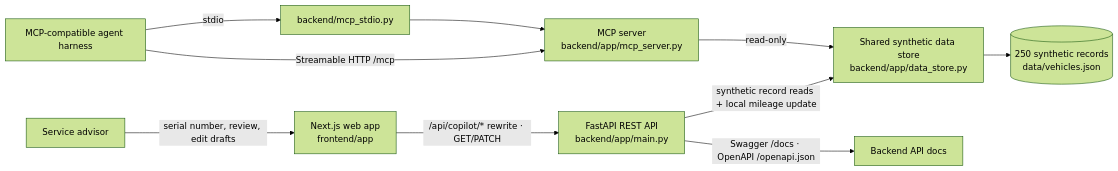
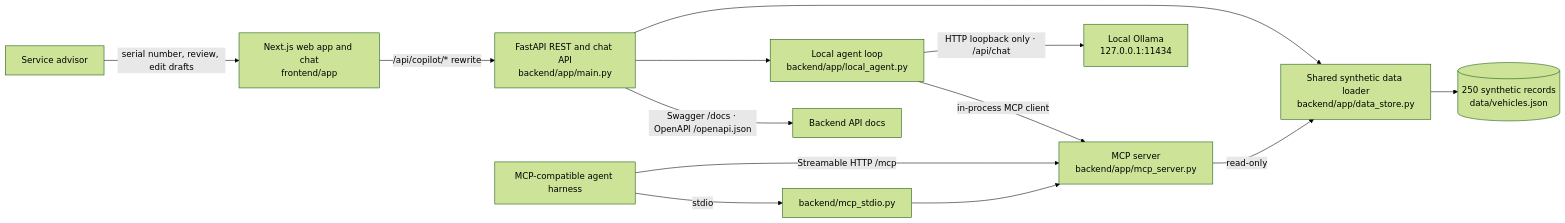
The diagram in README.md (arsalanshakil-dev/service-lane-copilot), drawn with Mermaid (forest theme) before and after one commit. The commit also changed other lines of this file and 9 other files, not shown here.

First line of the commit message:
Add local Ollama MCP chat assistant (#9)

````diff
--- a/README.md
+++ b/README.md
@@ -13,12 +13,15 @@
 ```mermaid
 flowchart LR
-    Advisor[Service advisor] -->|serial number, review, edit drafts| Web[Next.js web app\nfrontend/app]
-    Web -->|/api/copilot/* rewrite · GET/PATCH| API[FastAPI REST API\nbackend/app/main.py]
-    API -->|synthetic record reads + local mileage update| Store[Shared synthetic data store\nbackend/app/data_store.py]
+    Advisor[Service advisor] -->|serial number, review, edit drafts| Web[Next.js web app and chat\nfrontend/app]
+    Web -->|/api/copilot/* rewrite| API[FastAPI REST and chat API\nbackend/app/main.py]
+    API --> Store[Shared synthetic data loader\nbackend/app/data_store.py]
     Store --> Data[(250 synthetic records\ndata/vehicles.json)]
+    API --> Agent[Local agent loop\nbackend/app/local_agent.py]
+    Agent -->|HTTP loopback only · /api/chat| Ollama[Local Ollama\n127.0.0.1:11434]
+    Agent -->|in-process MCP client| MCP
     Harness[MCP-compatible agent harness] -->|Streamable HTTP /mcp| MCP[MCP server\nbackend/app/mcp_server.py]
     Harness -->|stdio| Launcher[backend/mcp_stdio.py]
     Launcher --> MCP
     MCP -->|read-only| Store
     API -->|Swagger /docs · OpenAPI /openapi.json| Docs[Backend API docs]
 ```
````
